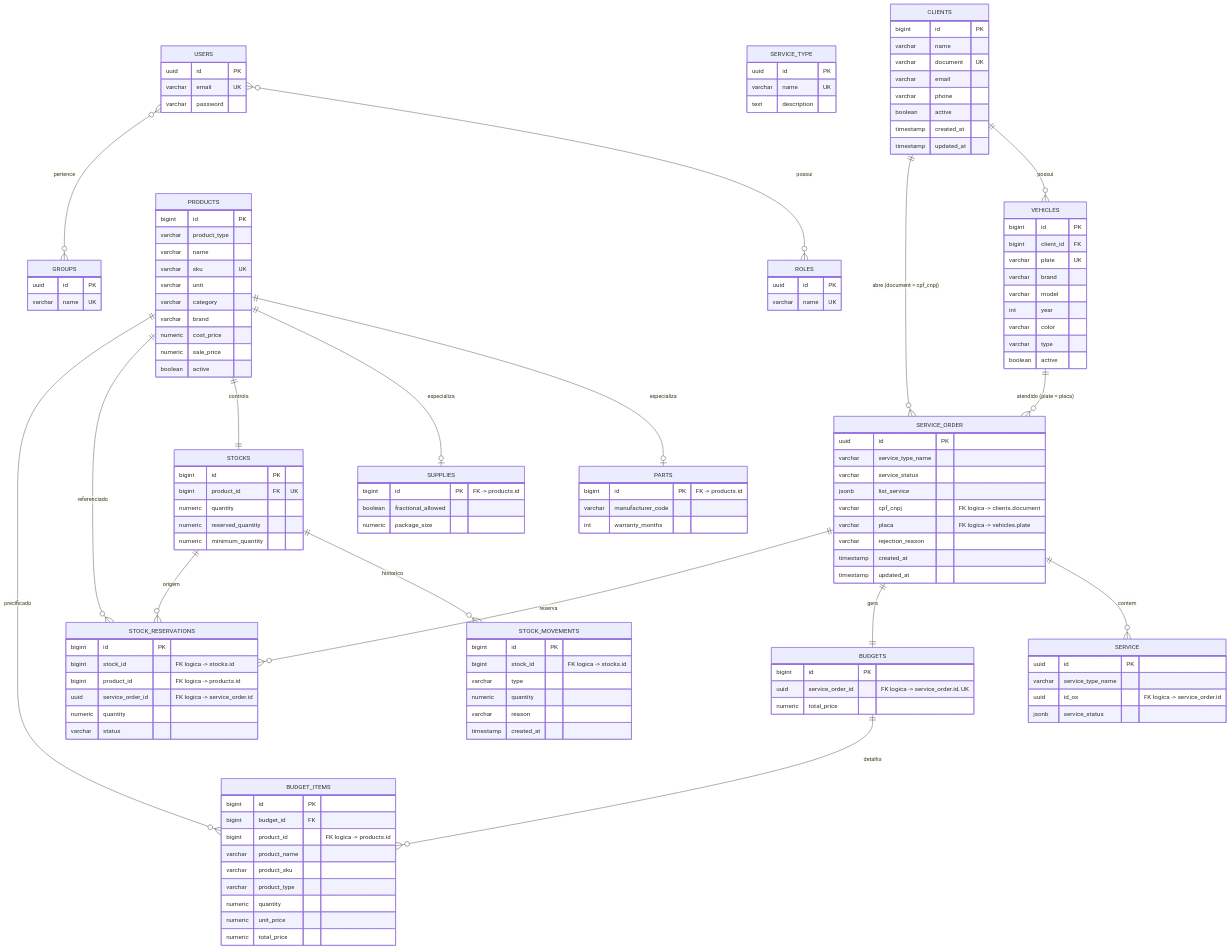
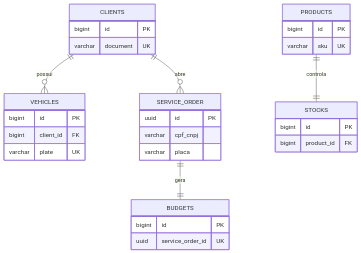
One commit to TechChalleng-FIAP-SOAT/workbench-database changed the second of 2 diagrams in README.md. Above: the diagram before and after it, drawn with Mermaid. The commit also changed other lines of this file, not shown here.

````diff
--- a/README.md
+++ b/README.md
@@ -54,136 +128,32 @@
 erDiagram
     CLIENTS {
         bigint id PK
-        varchar name
         varchar document UK
-        varchar email
-        varchar phone
-        boolean active
-        timestamp created_at
-        timestamp updated_at
     }
     VEHICLES {
         bigint id PK
         bigint client_id FK
         varchar plate UK
-        varchar brand
-        varchar model
-        int year
-        varchar color
-        varchar type
-        boolean active
     }
     SERVICE_ORDER {
         uuid id PK
-        varchar service_type_name
-        varchar service_status
-        jsonb list_service
-        varchar cpf_cnpj "FK logica -> clients.document"
-        varchar placa "FK logica -> vehicles.plate"
-        varchar rejection_reason
-        timestamp created_at
-        timestamp updated_at
+        varchar cpf_cnpj
+        varchar placa
     }
-    SERVICE {
-        uuid id PK
-        varchar service_type_name
-        uuid id_os "FK logica -> service_order.id"
-        jsonb service_status
+    BUDGETS {
+        bigint id PK
+        uuid service_order_id UK
     }
-    SERVICE_TYPE {
-        uuid id PK
-        varchar name UK
-        text description
+    STOCKS {
+        bigint id PK
+        bigint product_id FK
     }
     PRODUCTS {
         bigint id PK
-        varchar product_type
-        varchar name
         varchar sku UK
-        varchar unit
-        varchar category
-        varchar brand
-        numeric cost_price
-        numeric sale_price
-        boolean active
     }
-    PARTS {
-        bigint id PK "FK -> products.id"
-        varchar manufacturer_code
-        int warranty_months
-    }
-    SUPPLIES {
-        bigint id PK "FK -> products.id"
-        boolean fractional_allowed
-        numeric package_size
-    }
-    STOCKS {
-        bigint id PK
-        bigint product_id FK "UK"
-        numeric quantity
-        numeric reserved_quantity
-        numeric minimum_quantity
-    }
-    STOCK_MOVEMENTS {
-        bigint id PK
-        bigint stock_id "FK logica -> stocks.id"
-        varchar type
-        numeric quantity
-        varchar reason
-        timestamp created_at
-    }
-    STOCK_RESERVATIONS {
-        bigint id PK
-        bigint stock_id "FK logica -> stocks.id"
-        bigint product_id "FK logica -> products.id"
-        uuid service_order_id "FK logica -> service_order.id"
-        numeric quantity
-        varchar status
-    }
-    BUDGETS {
-        bigint id PK
-        uuid service_order_id "FK logica -> service_order.id, UK"
-        numeric total_price
-    }
-    BUDGET_ITEMS {
-        bigint id PK
-        bigint budget_id FK
-        bigint product_id "FK logica -> products.id"
-        varchar product_name
-        varchar product_sku
-        varchar product_type
-        numeric quantity
-        numeric unit_price
-        numeric total_price
-    }
-    USERS {
-        uuid id PK
-        varchar email UK
-        varchar password
-    }
-    ROLES {
-        uuid id PK
-        varchar name UK
-    }
-    GROUPS {
-        uuid id PK
-        varchar name UK
-    }
-
     CLIENTS ||--o{ VEHICLES : possui
-    CLIENTS ||--o{ SERVICE_ORDER : "abre (document = cpf_cnpj)"
-    VEHICLES ||--o{ SERVICE_ORDER : "atendido (plate = placa)"
-    SERVICE_ORDER ||--o{ SERVICE : contem
+    CLIENTS ||--o{ SERVICE_ORDER : "abre"
     SERVICE_ORDER ||--|| BUDGETS : gera
-    BUDGETS ||--o{ BUDGET_ITEMS : detalha
-    SERVICE_ORDER ||--o{ STOCK_RESERVATIONS : reserva
-    PRODUCTS ||--o| PARTS : especializa
-    PRODUCTS ||--o| SUPPLIES : especializa
     PRODUCTS ||--|| STOCKS : controla
-    STOCKS ||--o{ STOCK_MOVEMENTS : historico
-    STOCKS ||--o{ STOCK_RESERVATIONS : origem
-    PRODUCTS ||--o{ STOCK_RESERVATIONS : referenciado
-    PRODUCTS ||--o{ BUDGET_ITEMS : precificado
-    USERS }o--o{ ROLES : possui
-    USERS }o--o{ GROUPS : pertence
 ```
````
